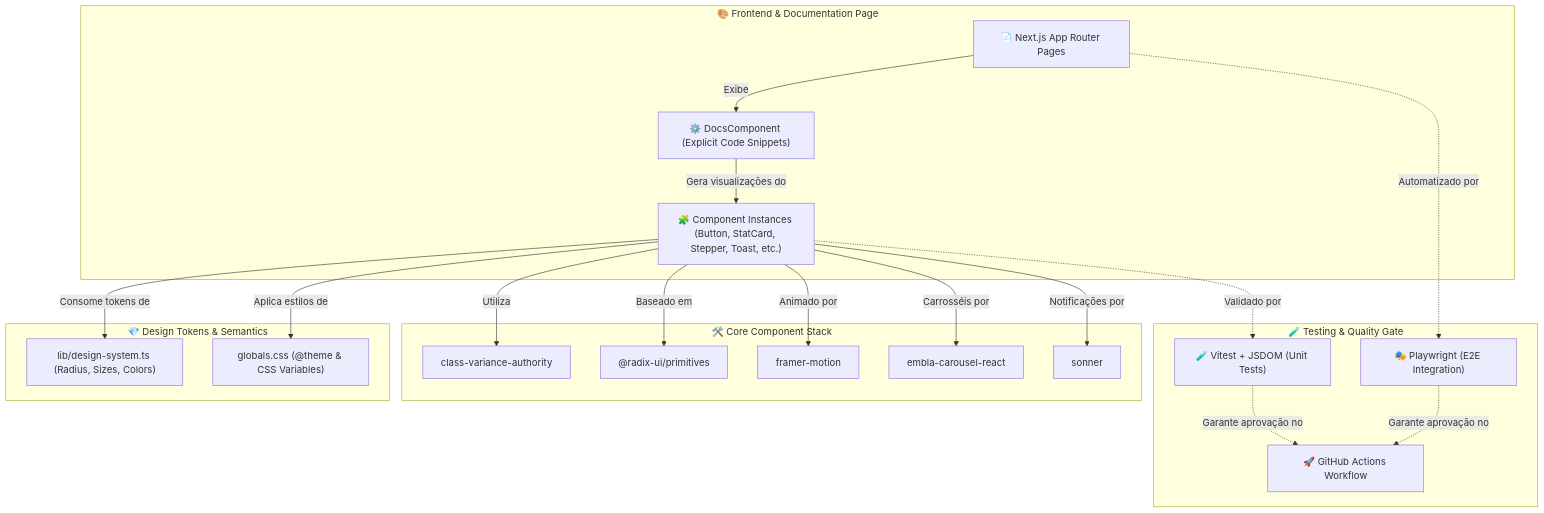
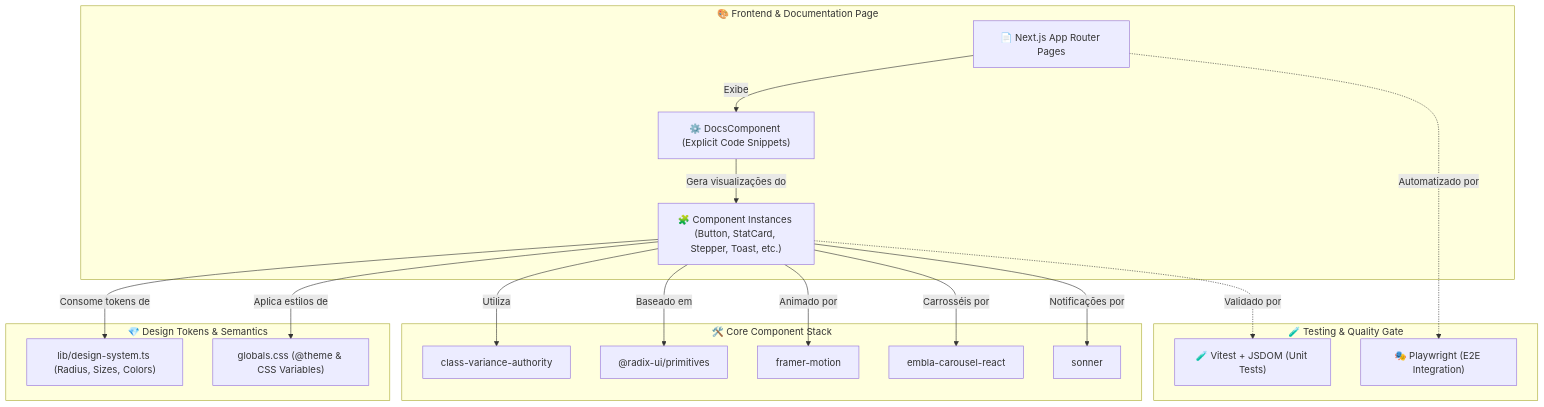
The first of 2 diagrams in README.md (gui-bus/Bloom), drawn with Mermaid before and after one commit. The commit also changed other lines of this file and 2 other files, not shown here.

Commit message:
chore: remove CI/CD pipeline and references

````diff
--- a/README.md
+++ b/README.md
@@ -73,42 +72,39 @@
 ```mermaid
 graph TB
     subgraph Client ["🎨 Frontend & Documentation Page"]
         DocPage["📄 Next.js App Router Pages"]
         DocsComponent["⚙️ DocsComponent (Explicit Code Snippets)"]
         UI["🧩 Component Instances (Button, StatCard, Stepper, Toast, etc.)"]
     end
 
     subgraph Core ["💎 Design Tokens & Semantics"]
         Tokens["lib/design-system.ts (Radius, Sizes, Colors)"]
         GlobalsCSS["globals.css (@theme & CSS Variables)"]
     end
 
     subgraph Engine ["🛠️ Core Component Stack"]
         CVA["class-variance-authority"]
         Radix["@radix-ui/primitives"]
         Motion["framer-motion"]
         Embla["embla-carousel-react"]
         Sonner["sonner"]
     end
 
     subgraph CI ["🧪 Testing & Quality Gate"]
         Vitest["🧪 Vitest + JSDOM (Unit Tests)"]
         Playwright["🎭 Playwright (E2E Integration)"]
-        Actions["🚀 GitHub Actions Workflow"]
     end
 
     DocPage -->|Exibe| DocsComponent
     DocsComponent -->|Gera visualizações do| UI
     UI -->|Consome tokens de| Tokens
     UI -->|Aplica estilos de| GlobalsCSS
     UI -->|Utiliza| CVA
     UI -->|Baseado em| Radix
     UI -->|Animado por| Motion
     UI -->|Carrosséis por| Embla
     UI -->|Notificações por| Sonner
     
     UI -.->|Validado por| Vitest
     DocPage -.->|Automatizado por| Playwright
-    Vitest -.->|Garante aprovação no| Actions
-    Playwright -.->|Garante aprovação no| Actions
 ```
````
